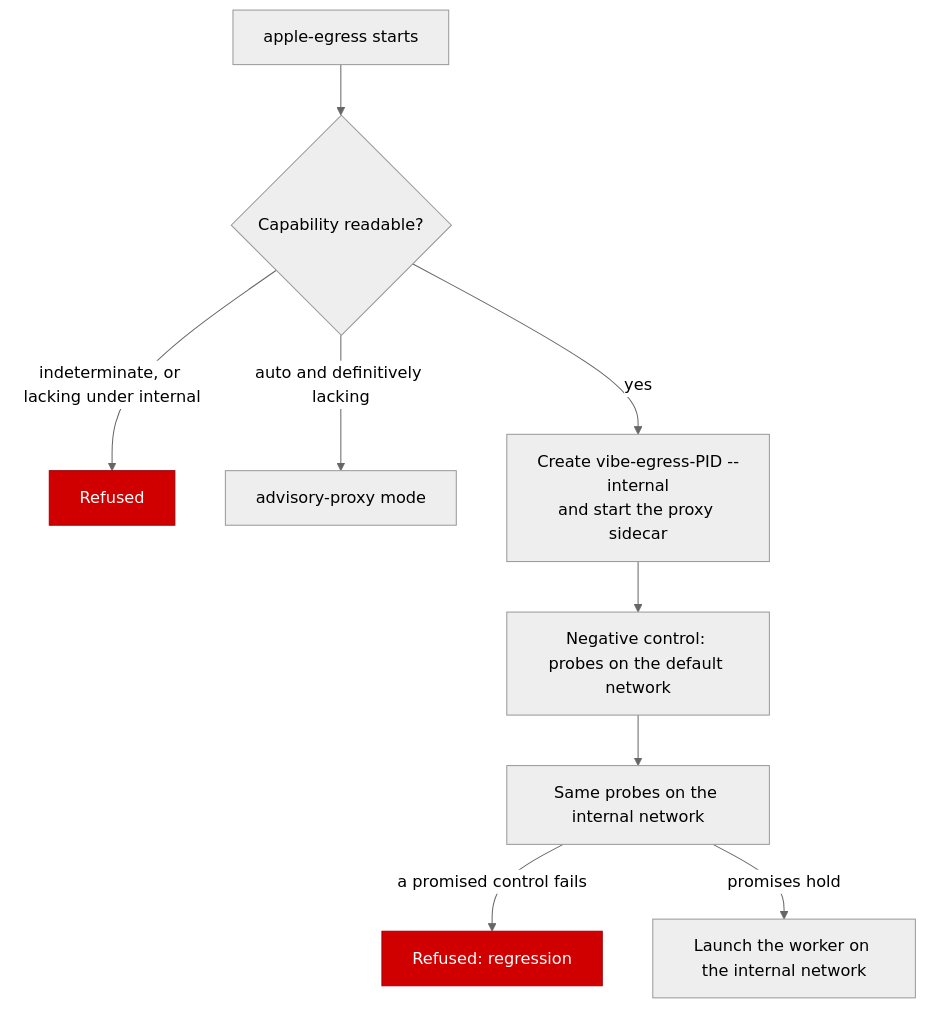
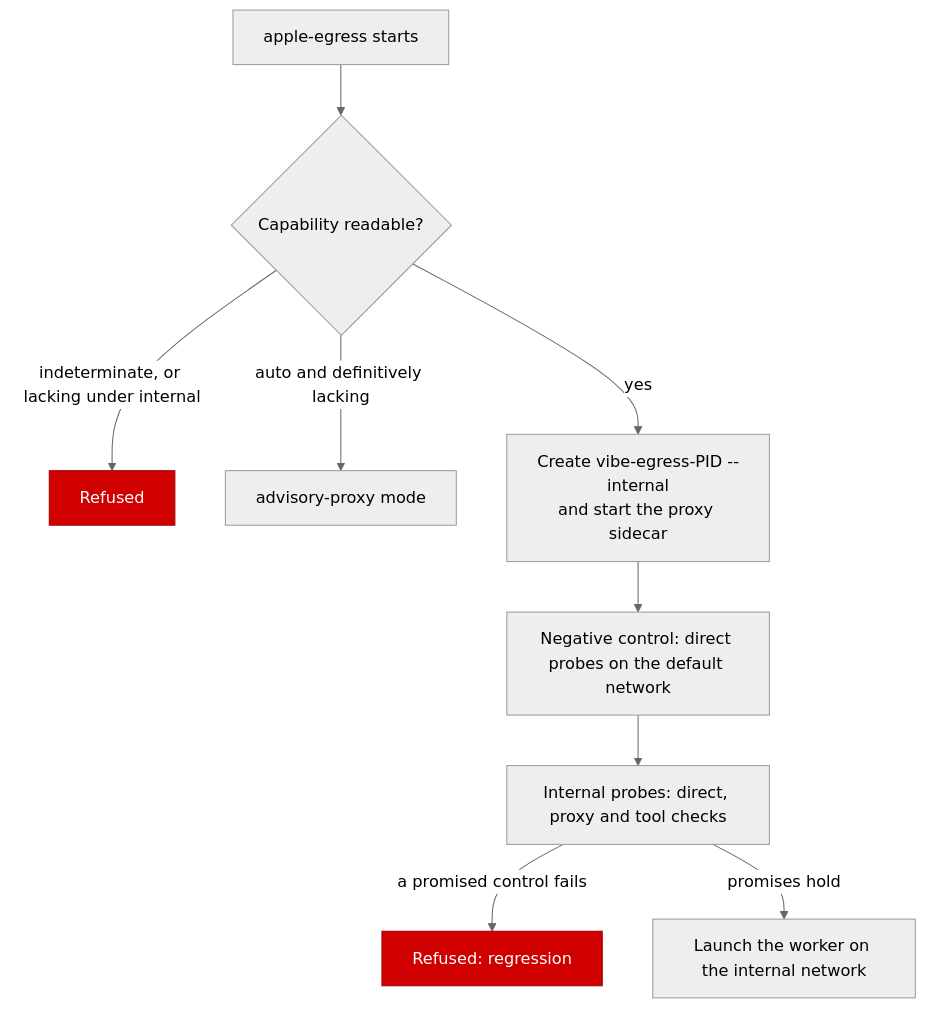
Before and after one commit to stSoftwareAU/VibeCoder: the fifth of 6 diagrams in docs/CONTAINMENT.md, drawn with Mermaid (neutral theme). The commit also changed other lines of this file and 9 other files, not shown here.

````diff
--- a/docs/CONTAINMENT.md
+++ b/docs/CONTAINMENT.md
@@ -568,13 +579,13 @@
 ```mermaid
 flowchart TD
     S["apple-egress starts"] --> H{"Capability readable?"}
     H -->|"indeterminate, or lacking under internal"| R0["Refused"]
     H -->|"auto and definitively lacking"| V["advisory-proxy mode"]
     H -->|"yes"| C["Create vibe-egress-PID --internal<br/>and start the proxy sidecar"]
-    C --> NC["Negative control: probes on the default network"]
-    NC --> PI["Same probes on the internal network"]
+    C --> NC["Negative control: direct probes on the default network"]
+    NC --> PI["Internal probes: direct, proxy and tool checks"]
     PI -->|"a promised control fails"| R1["Refused: regression"]
     PI -->|"promises hold"| L["Launch the worker on the internal network"]
     style R0 fill:#d00000,stroke:#9d0208,color:#fff
     style R1 fill:#d00000,stroke:#9d0208,color:#fff
 ```
````
